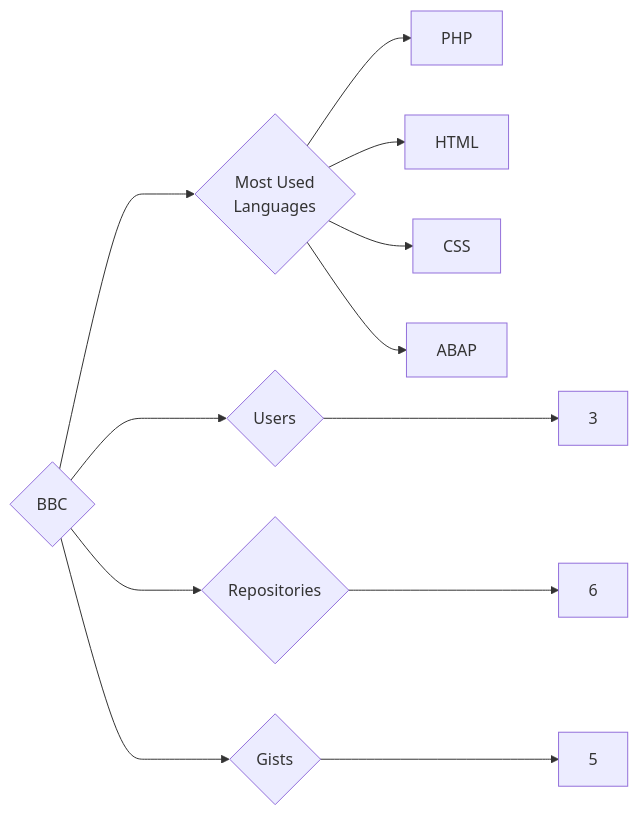
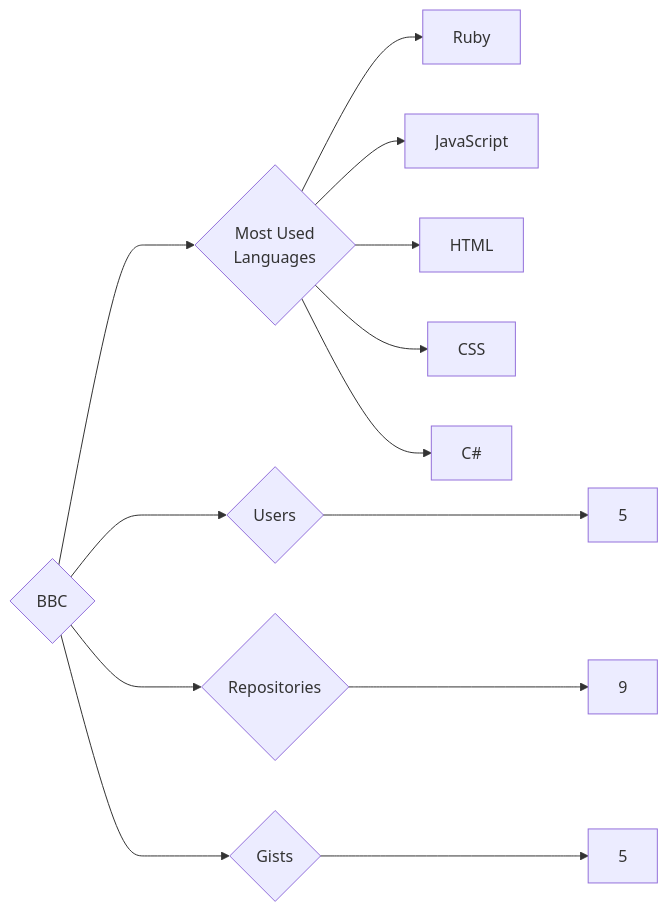
Before and after one commit to trickest/insiders: the diagram in targets/BBC/README.md, drawn with Mermaid. The commit also changed 1023 other files, not shown here.

````diff
--- a/targets/BBC/README.md
+++ b/targets/BBC/README.md
@@ -3,12 +3,13 @@
 ```mermaid
 graph LR
 COMPANY_NAME{BBC}
-COMPANY_NAME ---> U{Users} ---> UN[3]
-COMPANY_NAME ---> R{Repositories} ---> RN[6]
+COMPANY_NAME ---> U{Users} ---> UN[5]
+COMPANY_NAME ---> R{Repositories} ---> RN[9]
 COMPANY_NAME ---> G{Gists} ---> GN[5]
 COMPANY_NAME ---> ML{Most Used<br>Languages}
-ML --> PHP[PHP]
+ML --> Ruby[Ruby]
+ML --> JavaScript[JavaScript]
 ML --> HTML[HTML]
 ML --> CSS[CSS]
-ML --> ABAP[ABAP]
+ML --> C#[C#]
 ```
````
